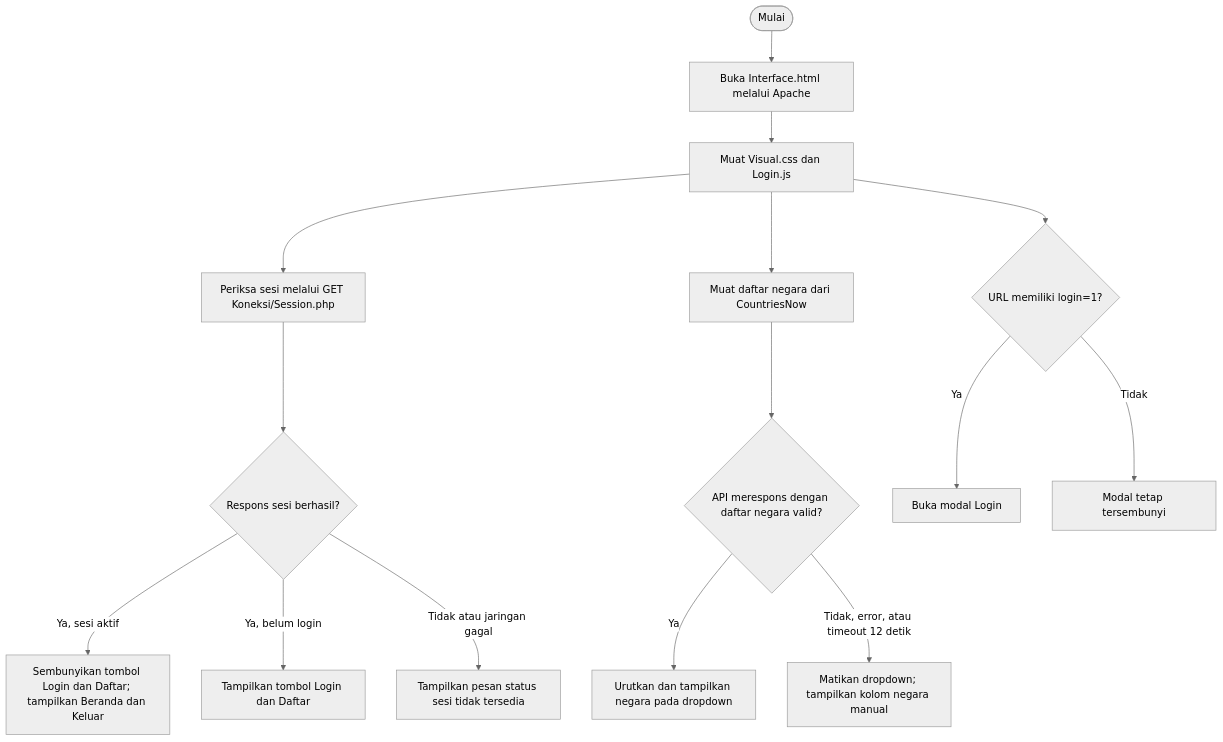
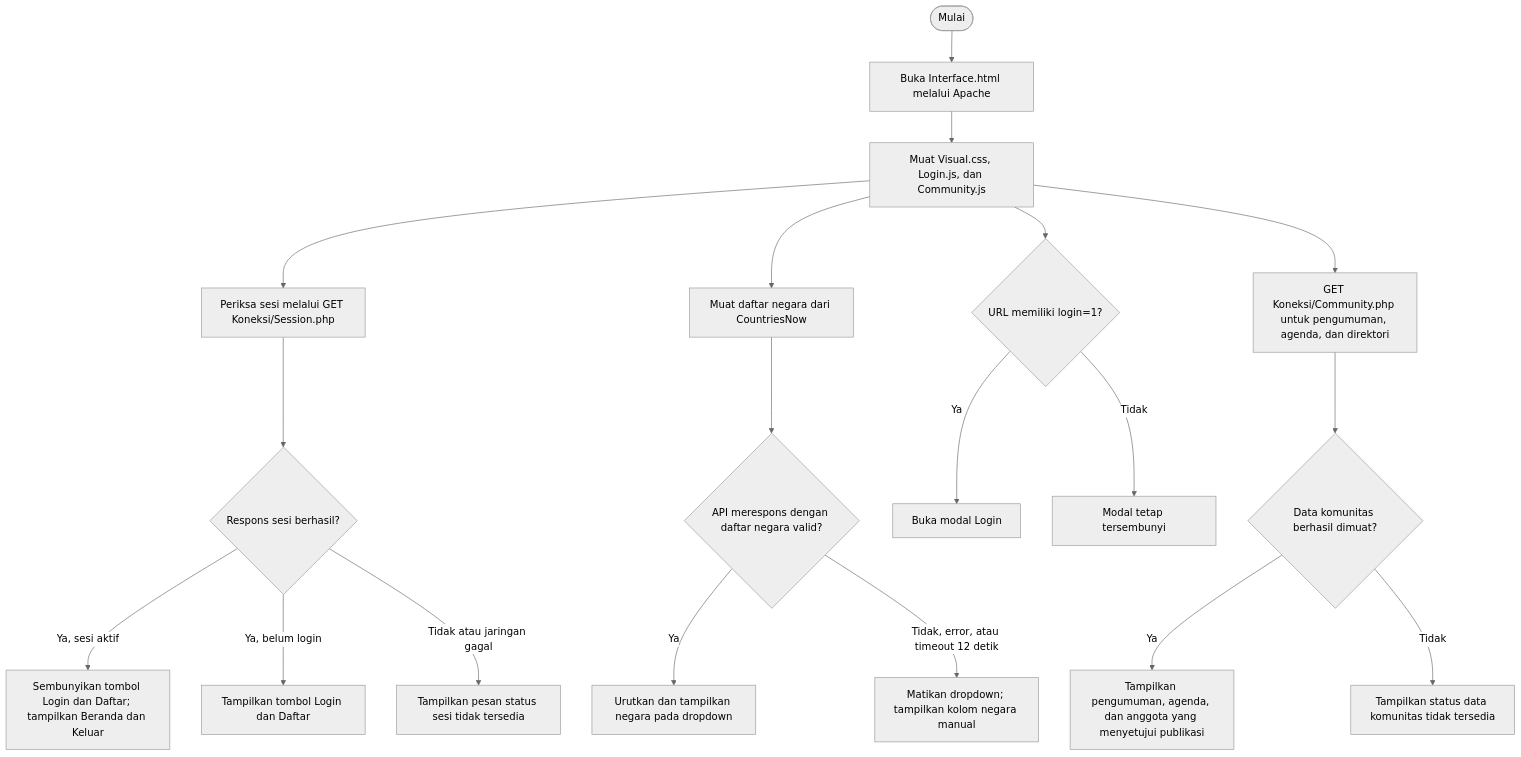
The first of 5 diagrams in Flowchart.md (mahasiswaabi-byte/Pmrograman-Client-Server), drawn with Mermaid (neutral theme) before and after one commit. The commit also changed other lines of this file and 9 other files, not shown here.

````diff
--- a/Flowchart.md
+++ b/Flowchart.md
@@ -9,20 +9,25 @@
 ```mermaid
 flowchart TD
     A([Mulai]) --> B[Buka Interface.html melalui Apache]
-    B --> C[Muat Visual.css dan Login.js]
+    B --> C[Muat Visual.css, Login.js, dan Community.js]
     C --> D[Periksa sesi melalui GET Koneksi/Session.php]
     C --> E[Muat daftar negara dari CountriesNow]
     C --> F{URL memiliki login=1?}
+    C --> P[GET Koneksi/Community.php untuk pengumuman, agenda, dan direktori]
 
     D --> G{Respons sesi berhasil?}
     G -->|Ya, sesi aktif| H[Sembunyikan tombol Login dan Daftar; tampilkan Beranda dan Keluar]
     G -->|Ya, belum login| I[Tampilkan tombol Login dan Daftar]
     G -->|Tidak atau jaringan gagal| J[Tampilkan pesan status sesi tidak tersedia]
 
     E --> K{API merespons dengan daftar negara valid?}
     K -->|Ya| L[Urutkan dan tampilkan negara pada dropdown]
     K -->|Tidak, error, atau timeout 12 detik| M[Matikan dropdown; tampilkan kolom negara manual]
 
     F -->|Ya| N[Buka modal Login]
     F -->|Tidak| O[Modal tetap tersembunyi]
+
+    P --> Q{Data komunitas berhasil dimuat?}
+    Q -->|Ya| R[Tampilkan pengumuman, agenda, dan anggota yang menyetujui publikasi]
+    Q -->|Tidak| S[Tampilkan status data komunitas tidak tersedia]
 ```
````
